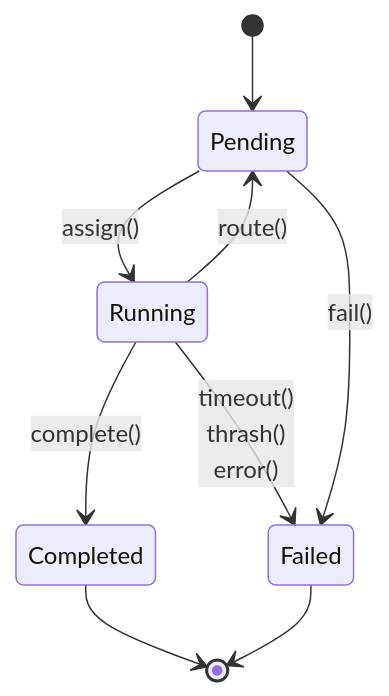
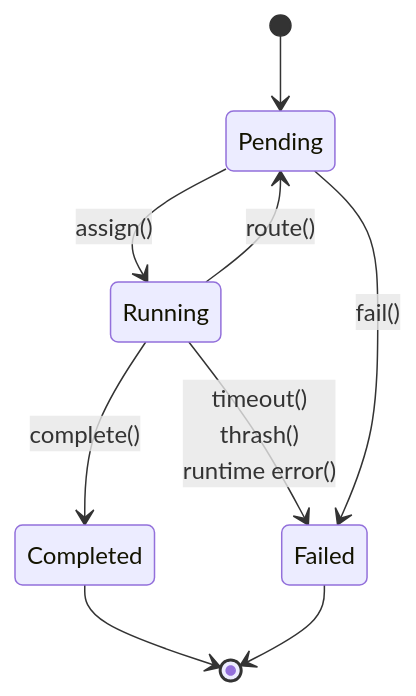
Before and after one commit to really-knows-ai/gideas: the first of 3 diagrams in specs/01-concepts/03-data-model.md, drawn with Mermaid. The commit also changed other lines of this file and 19 other files, not shown here.

````diff
--- a/specs/01-concepts/03-data-model.md
+++ b/specs/01-concepts/03-data-model.md
@@ -28,11 +28,11 @@
 ```mermaid
 stateDiagram-v2
     [*] --> Pending
     Pending --> Running : assign()
     Running --> Pending : route()
     Running --> Completed : complete()
-    Running --> Failed : timeout()<br/>thrash()<br/>error()
+    Running --> Failed : timeout()<br/>thrash()<br/>runtime error()
     Pending --> Failed : fail()
     Completed --> [*]
     Failed --> [*]
 ```
````
